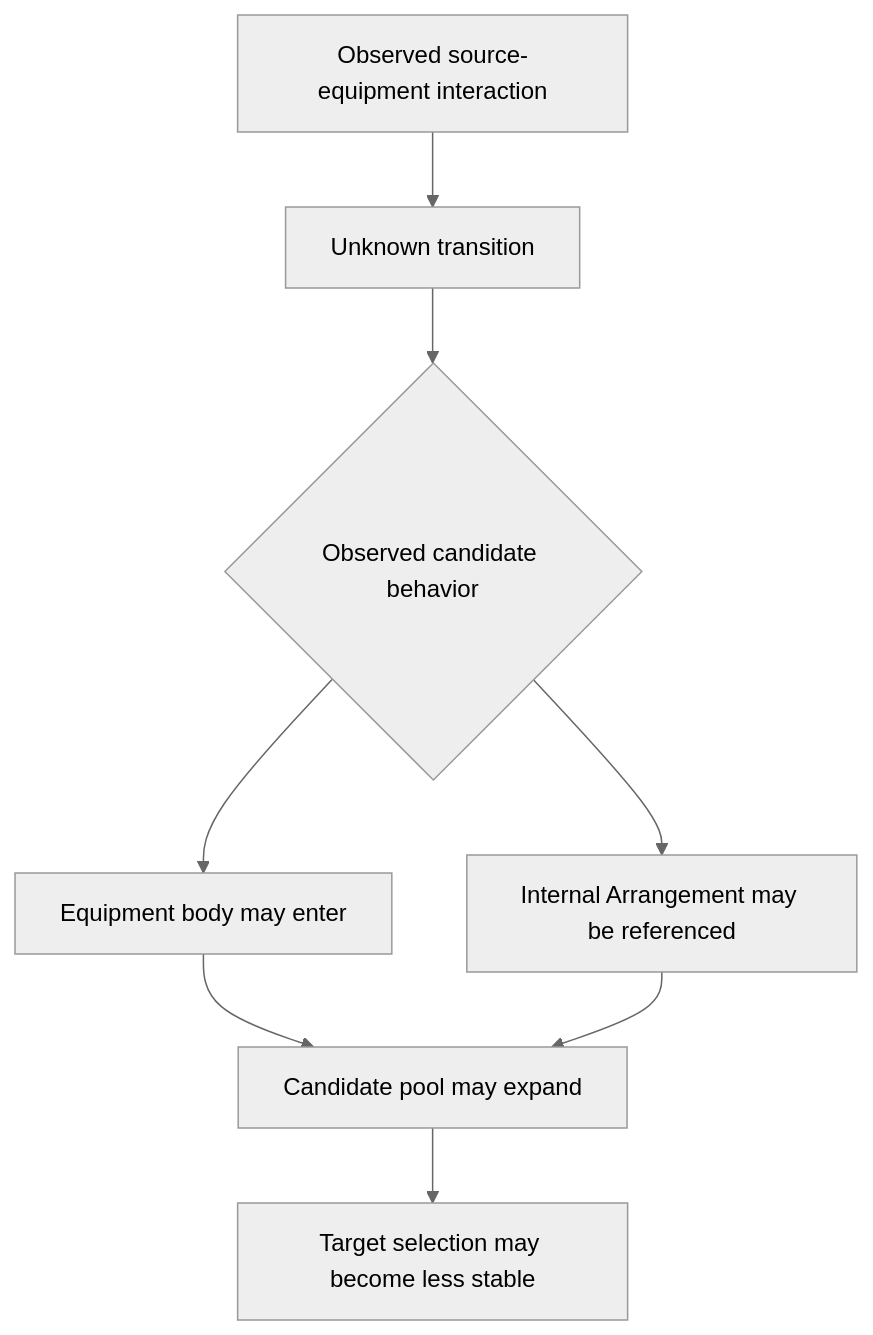
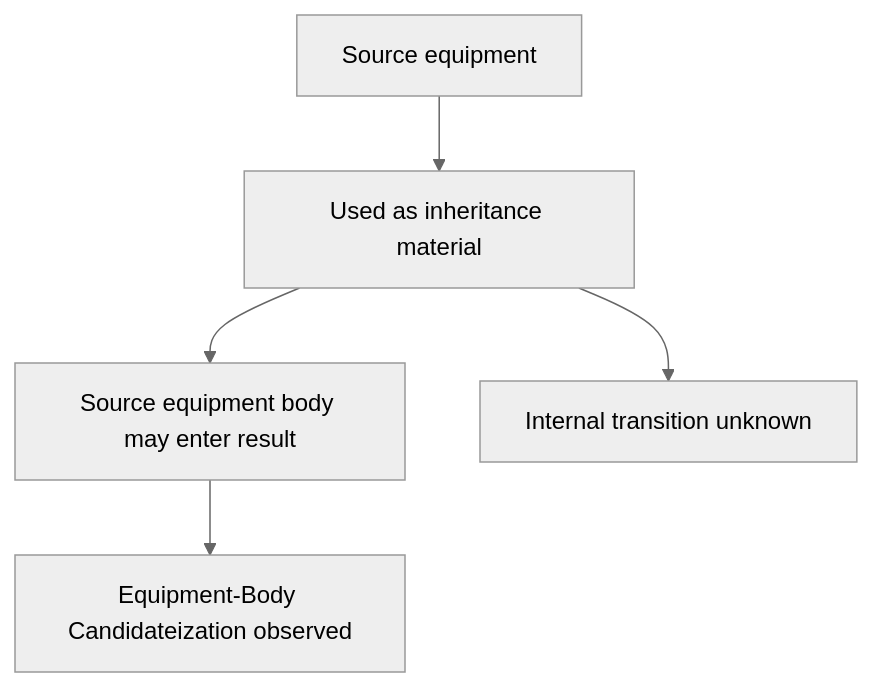
The first of 2 diagrams in articles/Self-Contamination.md (j13343sh/Rune-Factory-Inheritance-Research), drawn with Mermaid (neutral theme) before and after one commit. The commit also changed other lines of this file and 17 other files, not shown here.

````diff
--- a/articles/Self-Contamination.md
+++ b/articles/Self-Contamination.md
@@ -42,10 +19,7 @@
 ```mermaid
 flowchart TD
-    A[Observed source-equipment interaction] --> B[Unknown transition]
-    B --> C{Observed candidate behavior}
-    C --> D[Equipment body may enter]
-    C --> E[Internal Arrangement may be referenced]
-    D --> F[Candidate pool may expand]
-    E --> F
-    F --> G[Target selection may become less stable]
+    A[Source equipment] --> B[Used as inheritance material]
+    B --> C[Source equipment body may enter result]
+    C --> D[Equipment-Body Candidateization observed]
+    B --> E[Internal transition unknown]
 ```
````
